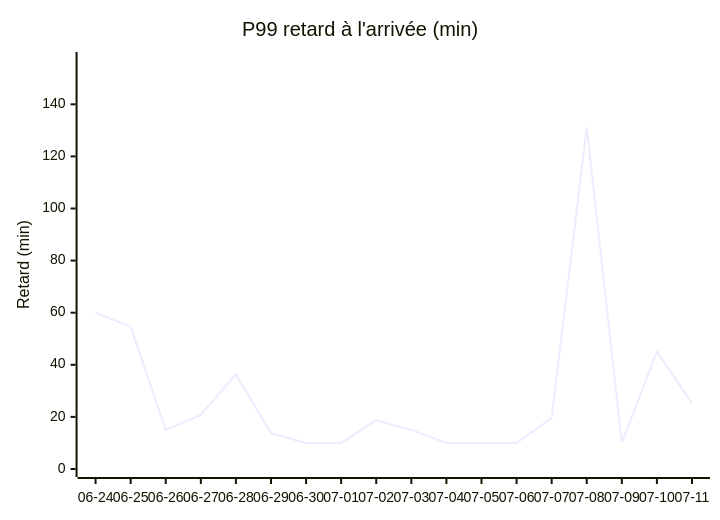
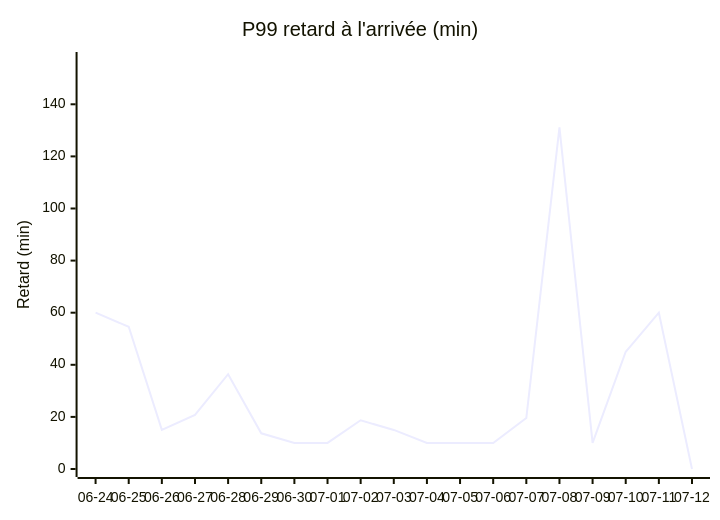
The second of 4 diagrams in STATS.md (antoinerep/horaire-ter), drawn with Mermaid before and after one commit. The commit also changed other lines of this file and 1 other file, not shown here.

````diff
--- a/STATS.md
+++ b/STATS.md
@@ -39,7 +39,7 @@
 ```mermaid
 xychart-beta
     title "P99 retard à l'arrivée (min)"
-    x-axis ["06-24", "06-25", "06-26", "06-27", "06-28", "06-29", "06-30", "07-01", "07-02", "07-03", "07-04", "07-05", "07-06", "07-07", "07-08", "07-09", "07-10", "07-11"]
+    x-axis ["06-24", "06-25", "06-26", "06-27", "06-28", "06-29", "06-30", "07-01", "07-02", "07-03", "07-04", "07-05", "07-06", "07-07", "07-08", "07-09", "07-10", "07-11", "07-12"]
     y-axis "Retard (min)" 0 --> 157
-    line [60.0, 54.6, 15.0, 20.8, 36.4, 13.7, 10.0, 10.0, 18.7, 15.0, 10.0, 10.0, 10.0, 19.6, 131.1, 10.0, 45.0, 25.4]
+    line [60.0, 54.6, 15.0, 20.8, 36.4, 13.7, 10.0, 10.0, 18.7, 15.0, 10.0, 10.0, 10.0, 19.6, 131.1, 10.0, 45.0, 60.0, 0.0]
 ```
````
